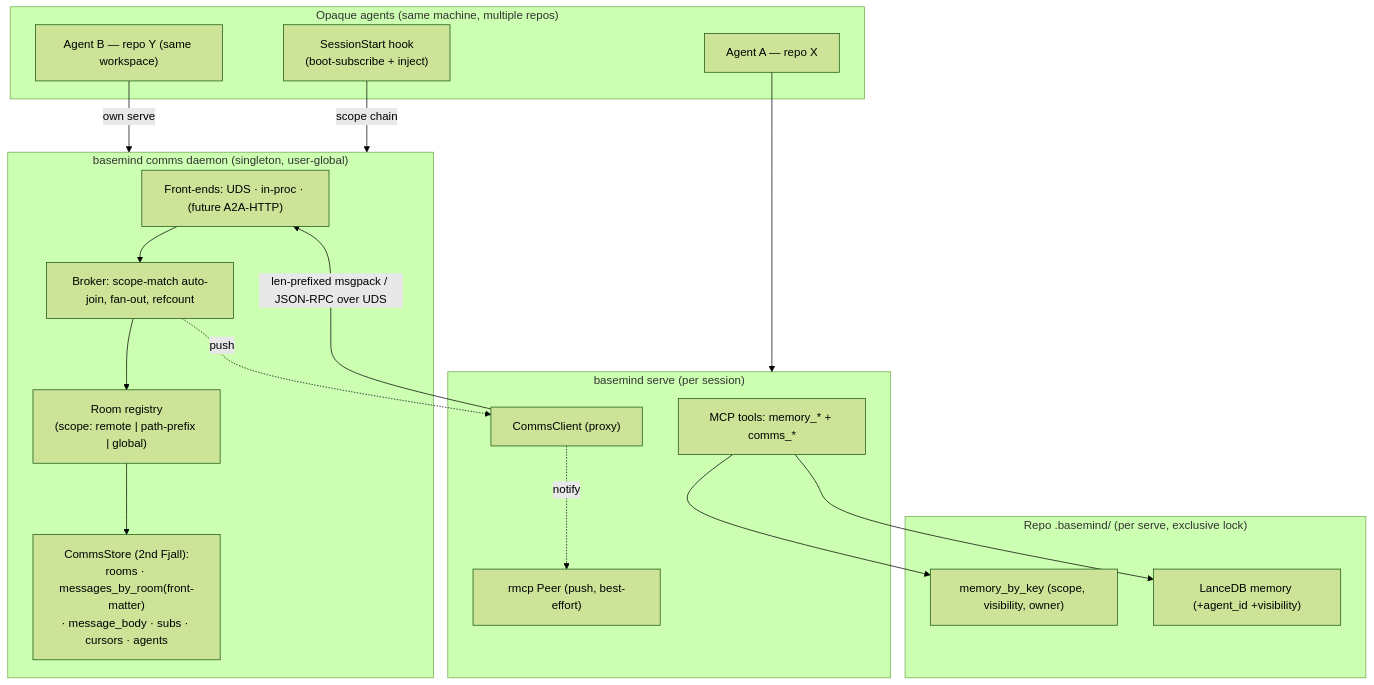
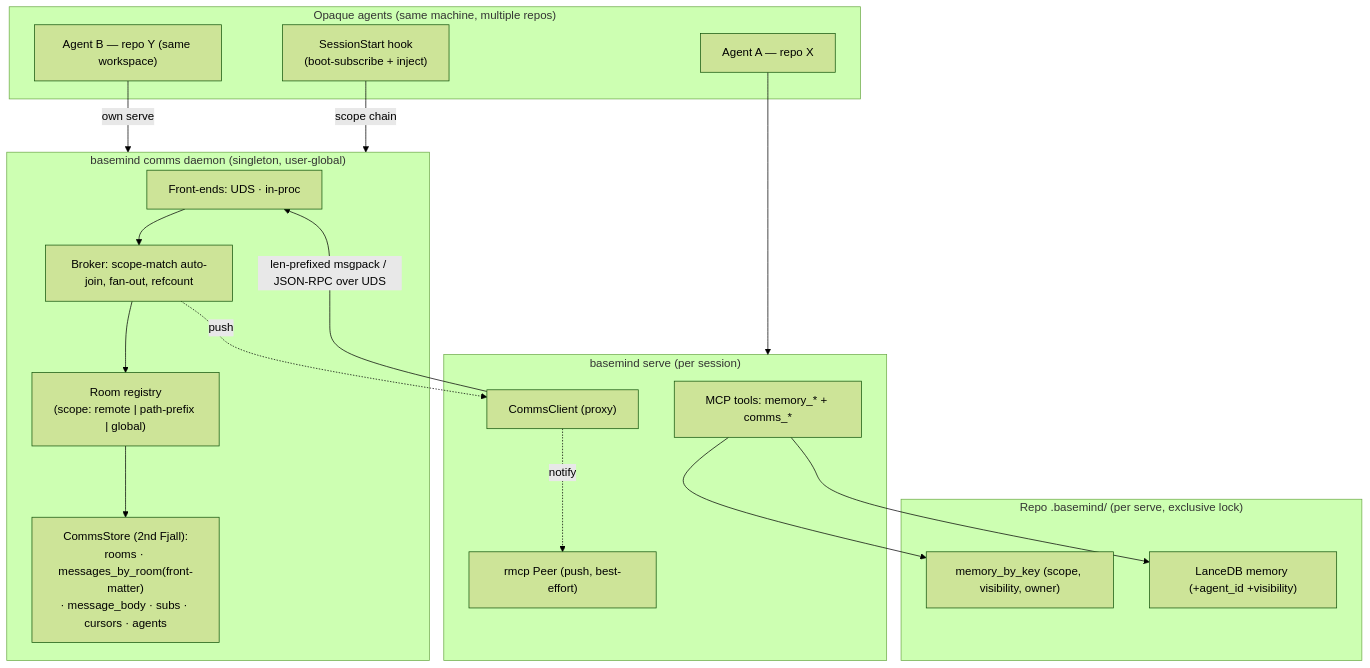
Before and after one commit to Goldziher/basemind: the diagram in docs/ARCHITECTURE.md, drawn with Mermaid (forest theme). The commit also changed other lines of this file and 37 other files, not shown here.

````diff
--- a/docs/ARCHITECTURE.md
+++ b/docs/ARCHITECTURE.md
@@ -236,30 +236,30 @@
 ```mermaid
 flowchart TB
   subgraph agents["Opaque agents (same machine, multiple repos)"]
     A1["Agent A — repo X"]
     A2["Agent B — repo Y (same workspace)"]
     HK["SessionStart hook\n(boot-subscribe + inject)"]
   end
   subgraph serve["basemind serve (per session)"]
     MT["MCP tools: memory_* + comms_*"]
     CC["CommsClient (proxy)"]
     PEER["rmcp Peer (push, best-effort)"]
   end
   subgraph daemon["basemind comms daemon (singleton, user-global)"]
-    FE["Front-ends: UDS · in-proc · (future A2A-HTTP)"]
+    FE["Front-ends: UDS · in-proc"]
     REG["Room registry\n(scope: remote | path-prefix | global)"]
     BR["Broker: scope-match auto-join, fan-out, refcount"]
     CS["CommsStore (2nd Fjall):\nrooms · messages_by_room(front-matter)\n· message_body · subs · cursors · agents"]
   end
   subgraph repo["Repo .basemind/ (per serve, exclusive lock)"]
     MEM["memory_by_key (scope, visibility, owner)"]
     LAN["LanceDB memory (+agent_id +visibility)"]
   end
   A1 --> serve
   A2 -->|own serve| daemon
   HK -->|scope chain| daemon
   CC -->|len-prefixed msgpack / JSON-RPC over UDS| FE --> BR --> REG --> CS
   BR -. push .-> CC -. notify .-> PEER
   MT --> MEM
   MT --> LAN
 ```
````
